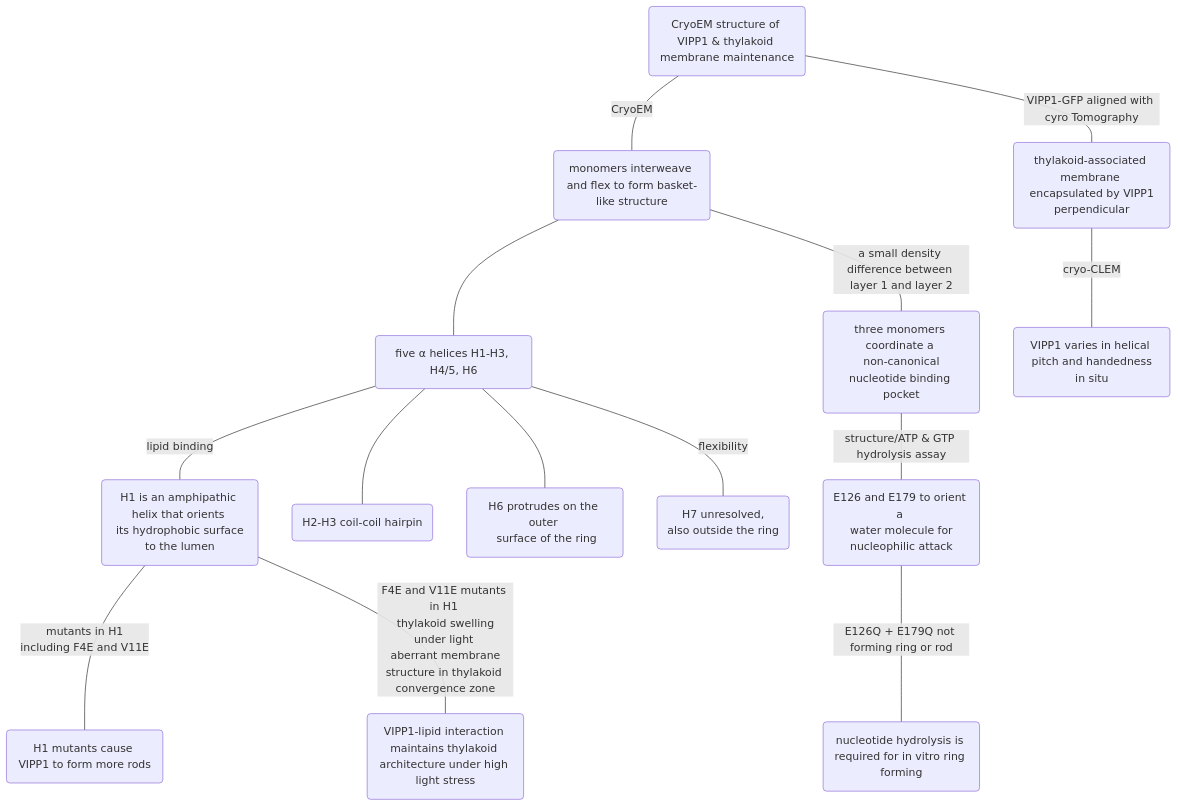
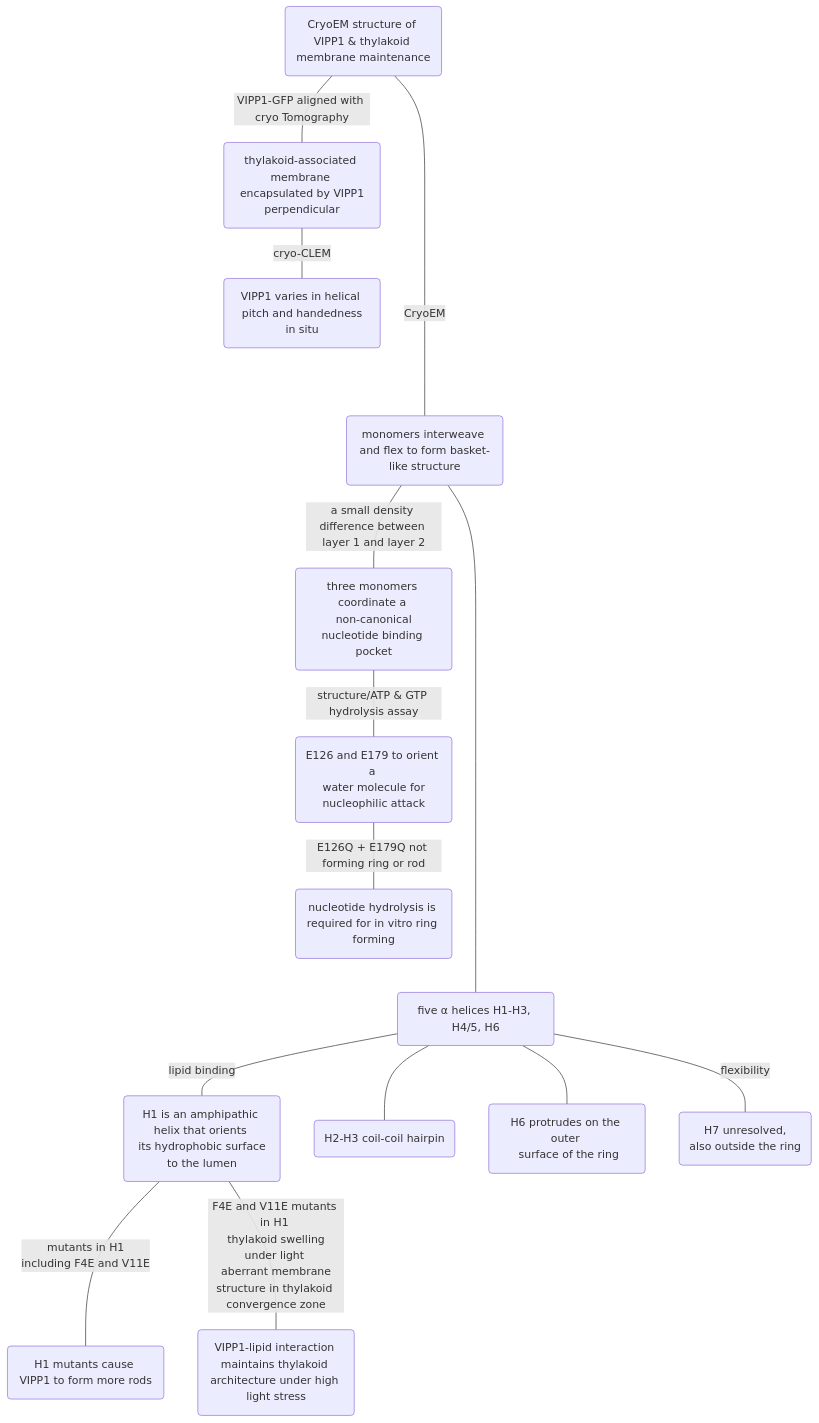
The fourth of 6 diagrams in source/resources/mindmap/VIPP1.md (psichen/psichen.github.io), drawn with Mermaid before and after one commit. The commit also changed other lines of this file and 1 other file, not shown here.

````diff
--- a/source/resources/mindmap/VIPP1.md
+++ b/source/resources/mindmap/VIPP1.md
@@ -7,39 +80,43 @@
 ```mermaid
 flowchart TB
+
+%% OBJECTS==================================================
 theme(CryoEM structure of VIPP1 & thylakoid membrane maintenance)
 
 structure("monomers interweave and flex to form basket-like structure")
 helices("five α helices H1-H3, H4/5, H6")
 H1(H1 is an amphipathic helix that orients \n its hydrophobic surface to the lumen)
 H2H3(H2-H3 coil-coil hairpin)
 H6(H6 protrudes on the outer \n surface of the ring)
 H7(H7 unresolved, \n also outside the ring)
 
 nucleotide(three monomers coordinate a \n non-canonical nucleotide binding pocket)
 hydrolysis(E126 and E179 to orient a \n water molecule for nucleophilic attack)
 ringForming(nucleotide hydrolysis is required for in vitro ring forming)
 
 equilibriumRingRod(H1 mutants cause VIPP1 to form more rods)
 maintenance(VIPP1-lipid interaction maintains thylakoid architecture under high light stress)
 
 encapsulation(thylakoid-associated membrane \n encapsulated by VIPP1 perpendicular)
 pitchHandedness(VIPP1 varies in helical \n pitch and handedness in situ)
 
-theme --- |CryoEM| structure
 
-structure --- helices
+%% RELATIONS==================================================
+theme ------ |CryoEM| structure
+
+structure ------ helices
 helices --- |lipid binding| H1
 helices --- H2H3
 helices --- H6
 helices ---|flexibility| H7
 
 structure ---|a small density difference between layer 1 and layer 2| nucleotide
 nucleotide --- |structure/ATP & GTP hydrolysis assay| hydrolysis
 hydrolysis --- |E126Q + E179Q not forming ring or rod| ringForming
 
 H1 --- |mutants in H1 \n including F4E and V11E| equilibriumRingRod
 H1 --- |F4E and V11E mutants in H1 \n thylakoid swelling under light \n aberrant membrane structure in thylakoid convergence zone| maintenance
 
-theme --- |VIPP1-GFP aligned with cyro Tomography| encapsulation
+theme --- |VIPP1-GFP aligned with cryo Tomography| encapsulation
 encapsulation --- |cryo-CLEM| pitchHandedness
 ```
````
